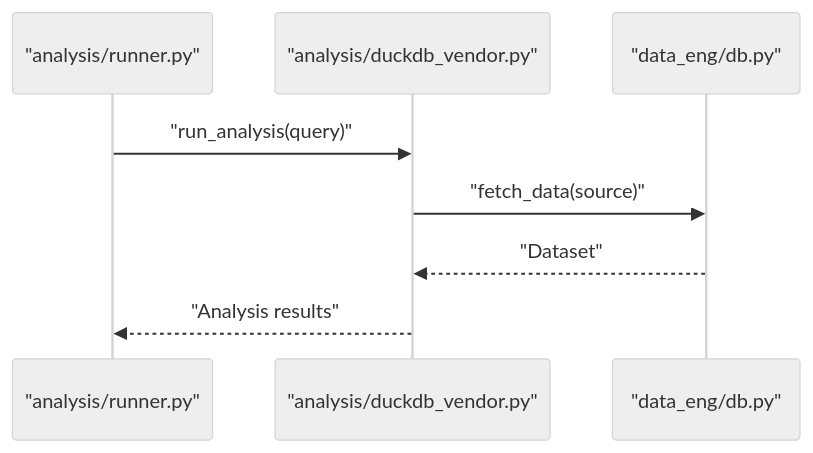
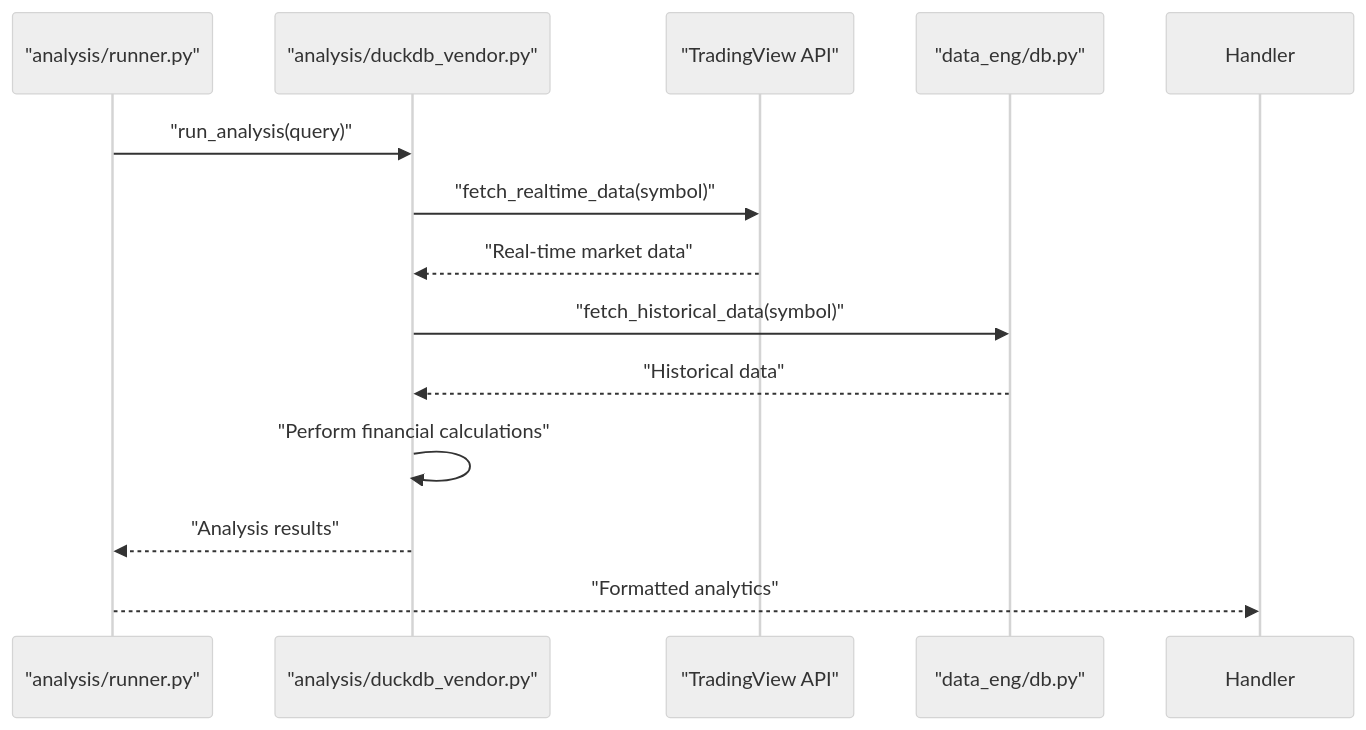
One commit to ZengSeng/telegram-bot changed the ninth of 11 diagrams in .qoder/repowiki/en/content/Core Components/Analysis Framework.md. Above: the diagram before and after it, drawn with Mermaid (neutral theme). The commit also changed other lines of this file and 24 other files, not shown here.

````diff
--- a/.qoder/repowiki/en/content/Core Components/Analysis Framework.md
+++ b/.qoder/repowiki/en/content/Core Components/Analysis Framework.md
@@ -351,10 +406,15 @@
 ```mermaid
 sequenceDiagram
 participant Runner as "analysis/runner.py"
 participant DuckDB as "analysis/duckdb_vendor.py"
+participant TradingView as "TradingView API"
 participant DB as "data_eng/db.py"
 Runner->>DuckDB : "run_analysis(query)"
-DuckDB->>DB : "fetch_data(source)"
-DB-->>DuckDB : "Dataset"
+DuckDB->>TradingView : "fetch_realtime_data(symbol)"
+TradingView-->>DuckDB : "Real-time market data"
+DuckDB->>DB : "fetch_historical_data(symbol)"
+DB-->>DuckDB : "Historical data"
+DuckDB->>DuckDB : "Perform financial calculations"
 DuckDB-->>Runner : "Analysis results"
+Runner-->>Handler : "Formatted analytics"
 ```
````
